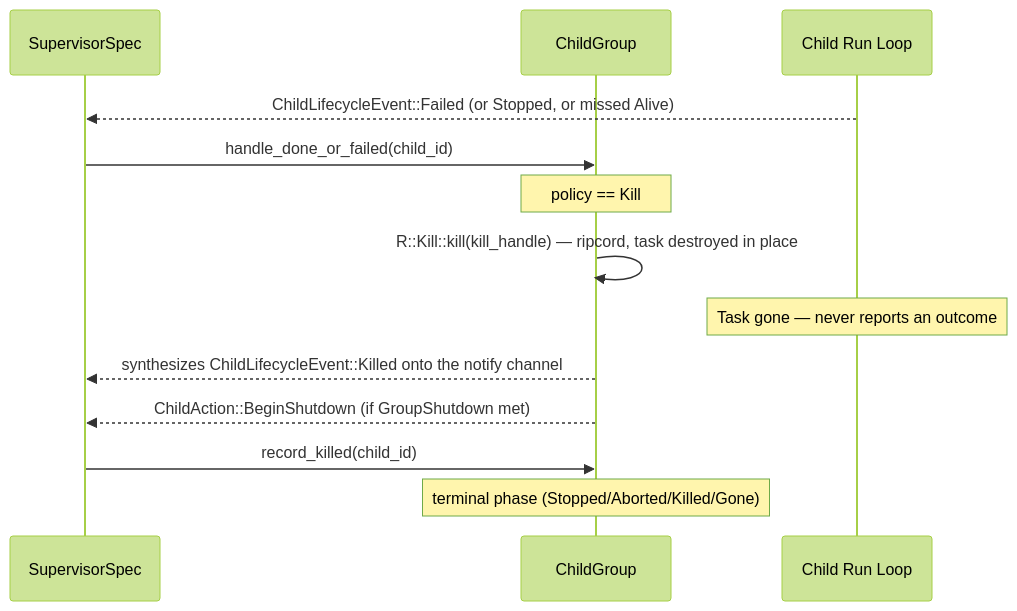
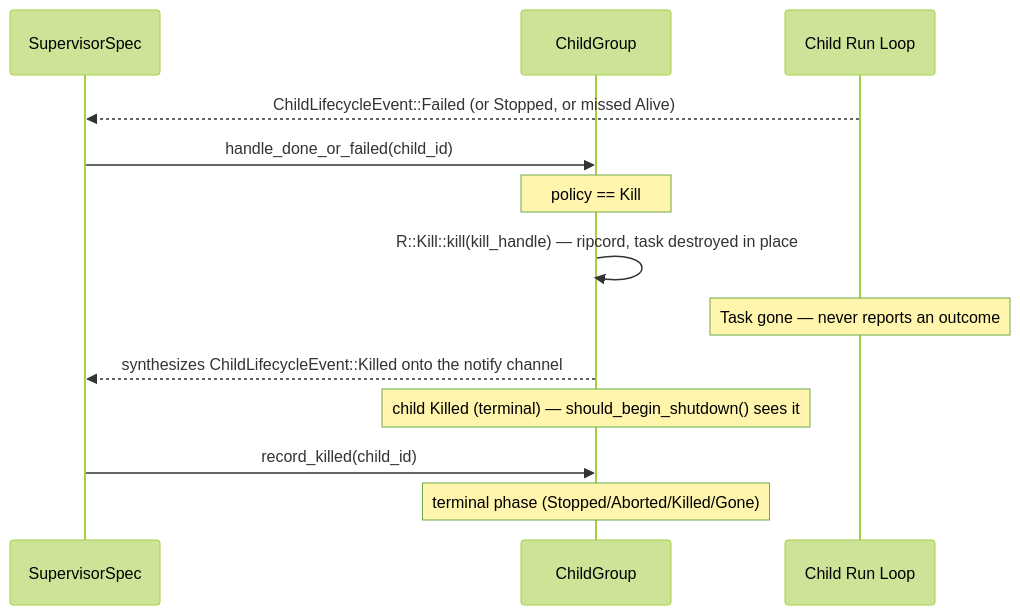
One commit to bloxide-com/bloxide changed the third of 4 diagrams in spec/architecture/07-supervision.md. Above: the diagram before and after it, drawn with Mermaid (forest theme). The commit also changed other lines of this file and 88 other files, not shown here.

````diff
--- a/spec/architecture/07-supervision.md
+++ b/spec/architecture/07-supervision.md
@@ -624,16 +642,16 @@
 ```mermaid
 sequenceDiagram
     participant Sup as SupervisorSpec
     participant CG as ChildGroup
     participant RT as Child Run Loop
 
     RT-->>Sup: ChildLifecycleEvent::Failed (or Stopped, or missed Alive)
     Sup->>CG: handle_done_or_failed(child_id)
     Note over CG: policy == Kill
     CG->>CG: R::Kill::kill(kill_handle) — ripcord, task destroyed in place
     Note over RT: Task gone — never reports an outcome
     CG-->>Sup: synthesizes ChildLifecycleEvent::Killed onto the notify channel
-    CG-->>Sup: ChildAction::BeginShutdown (if GroupShutdown met)
+    Note over CG: child Killed (terminal) — should_begin_shutdown() sees it
     Sup->>CG: record_killed(child_id)
     Note over CG: terminal phase (Stopped/Aborted/Killed/Gone)
 ```
````
